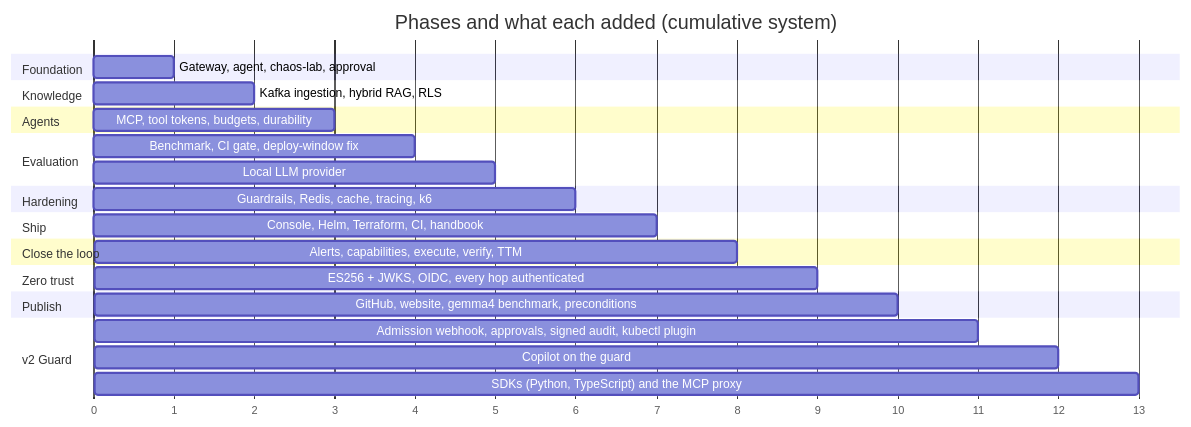
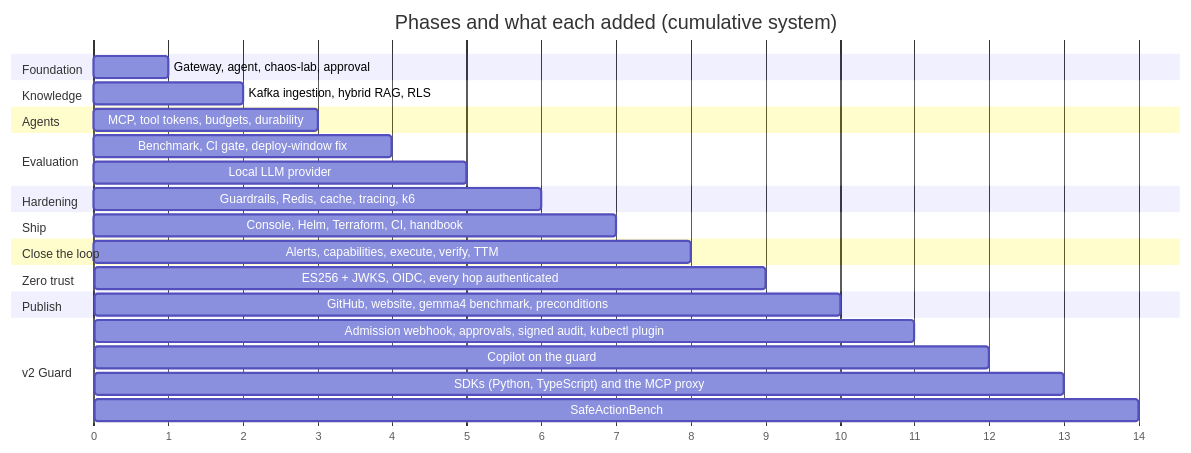
One commit to abdulmdev/sentinel-incident-copilot changed the diagram in docs/handbook/diagrams/15-gantt.mmd. Above: the diagram before and after it, drawn with Mermaid. The commit also changed 65 other files, not shown here.

First line of the commit message:
SafeActionBench: an open benchmark for harmful agent actions, with and without a guard

```diff
--- a/docs/handbook/diagrams/15-gantt.mmd
+++ b/docs/handbook/diagrams/15-gantt.mmd
@@ -1,27 +1,28 @@
 gantt
   title Phases and what each added (cumulative system)
   dateFormat X
   axisFormat %s
   section Foundation
   Gateway, agent, chaos-lab, approval      :p1, 0, 1
   section Knowledge
   Kafka ingestion, hybrid RAG, RLS         :p2, 1, 2
   section Agents
   MCP, tool tokens, budgets, durability    :p3, 2, 3
   section Evaluation
   Benchmark, CI gate, deploy-window fix    :p4, 3, 4
   Local LLM provider                       :p4b, 4, 5
   section Hardening
   Guardrails, Redis, cache, tracing, k6    :p5, 5, 6
   section Ship
   Console, Helm, Terraform, CI, handbook   :p6, 6, 7
   section Close the loop
   Alerts, capabilities, execute, verify, TTM :p7, 7, 8
   section Zero trust
   ES256 + JWKS, OIDC, every hop authenticated :p8, 8, 9
   section Publish
   GitHub, website, gemma4 benchmark, preconditions :p9, 9, 10
   section v2 Guard
   Admission webhook, approvals, signed audit, kubectl plugin :p10, 10, 11
   Copilot on the guard: one safety core               :p11, 11, 12
   SDKs (Python, TypeScript) and the MCP proxy          :p12, 12, 13
+  SafeActionBench: harm with and without a guard        :p13, 13, 14
```
